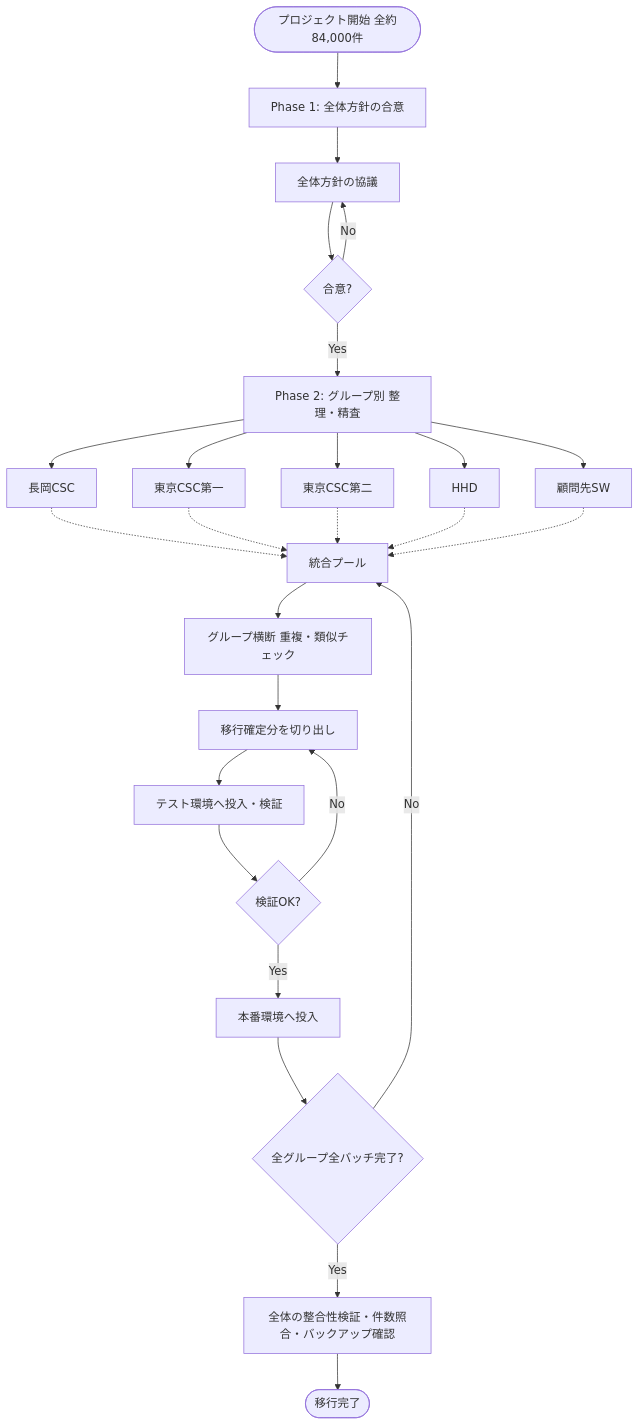
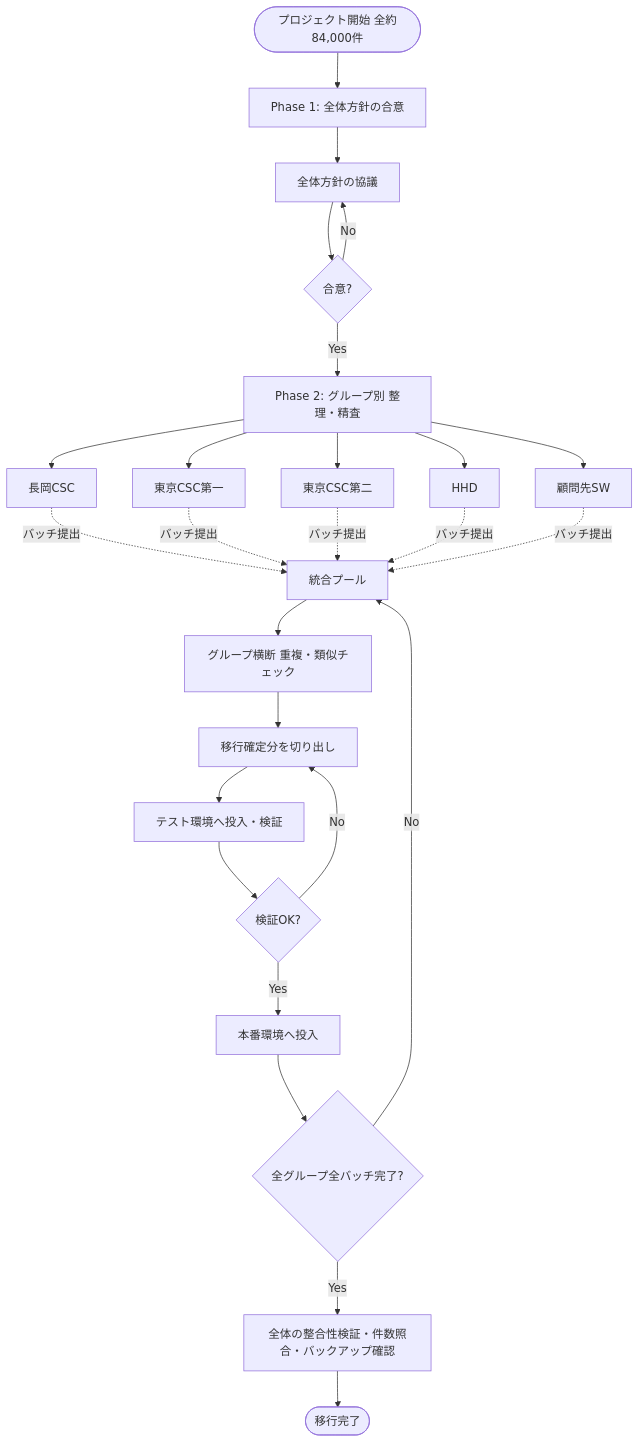
One commit to mjsadmin/knowledge_migration_plan changed the diagram in knowledge_migration_plan_v7.mermaid. Above: the diagram before and after it, drawn with Mermaid.

```diff
--- a/knowledge_migration_plan_v7.mermaid
+++ b/knowledge_migration_plan_v7.mermaid
@@ -1,40 +1,40 @@
 flowchart TD
     Start(["プロジェクト開始 全約84,000件"])
 
     Start --> P1
 
     P1["Phase 1: 全体方針の合意"]
     P1 --> P1_1["全体方針の協議"]
     P1_1 --> P1_2{"合意?"}
     P1_2 -- No --> P1_1
     P1_2 -- Yes --> P2
 
     P2["Phase 2: グループ別 整理・精査"]
 
     P2 --> G1["長岡CSC"]
     P2 --> G2["東京CSC第一"]
     P2 --> G3["東京CSC第二"]
     P2 --> G4["HHD"]
     P2 --> G5["顧問先SW"]
 
-    G1 -.-> POOL
-    G2 -.-> POOL
-    G3 -.-> POOL
-    G4 -.-> POOL
-    G5 -.-> POOL
+    G1 -. "バッチ提出" .-> POOL
+    G2 -. "バッチ提出" .-> POOL
+    G3 -. "バッチ提出" .-> POOL
+    G4 -. "バッチ提出" .-> POOL
+    G5 -. "バッチ提出" .-> POOL
 
     POOL["統合プール"]
     POOL --> CROSS["グループ横断 重複・類似チェック"]
     CROSS --> FIX["移行確定分を切り出し"]
 
     FIX --> TEST["テスト環境へ投入・検証"]
     TEST --> TEST_Q{"検証OK?"}
     TEST_Q -- No --> FIX
     TEST_Q -- Yes --> PROD["本番環境へ投入"]
 
     PROD --> ALL_Q{"全グループ全バッチ完了?"}
     ALL_Q -- No --> POOL
     ALL_Q -- Yes --> FINAL
 
     FINAL["全体の整合性検証・件数照合・バックアップ確認"]
     FINAL --> End(["移行完了"])
```
